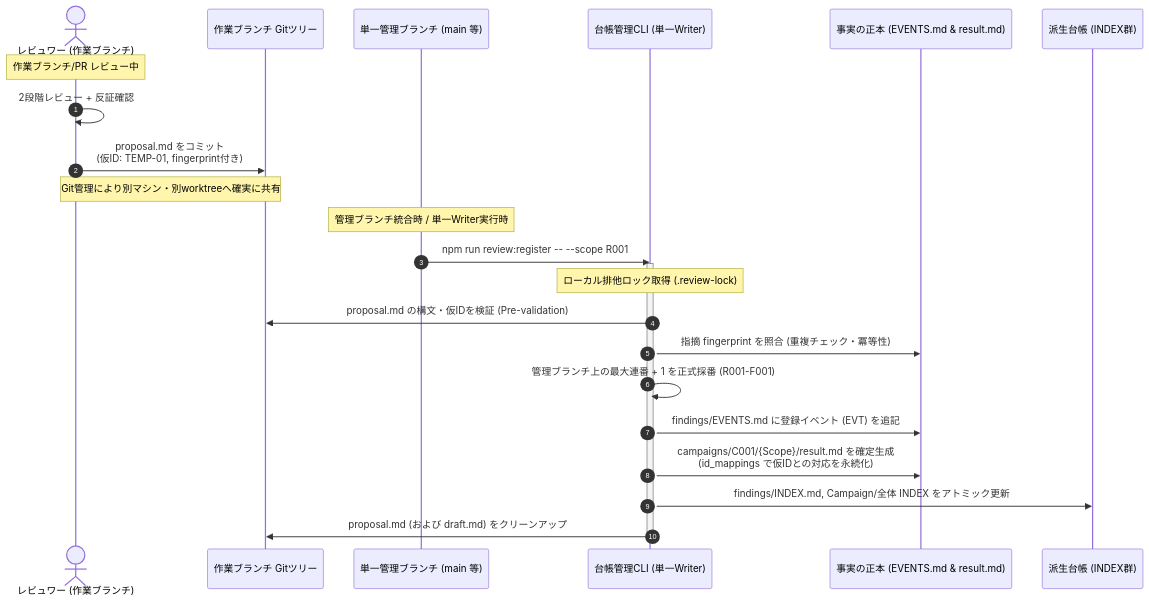
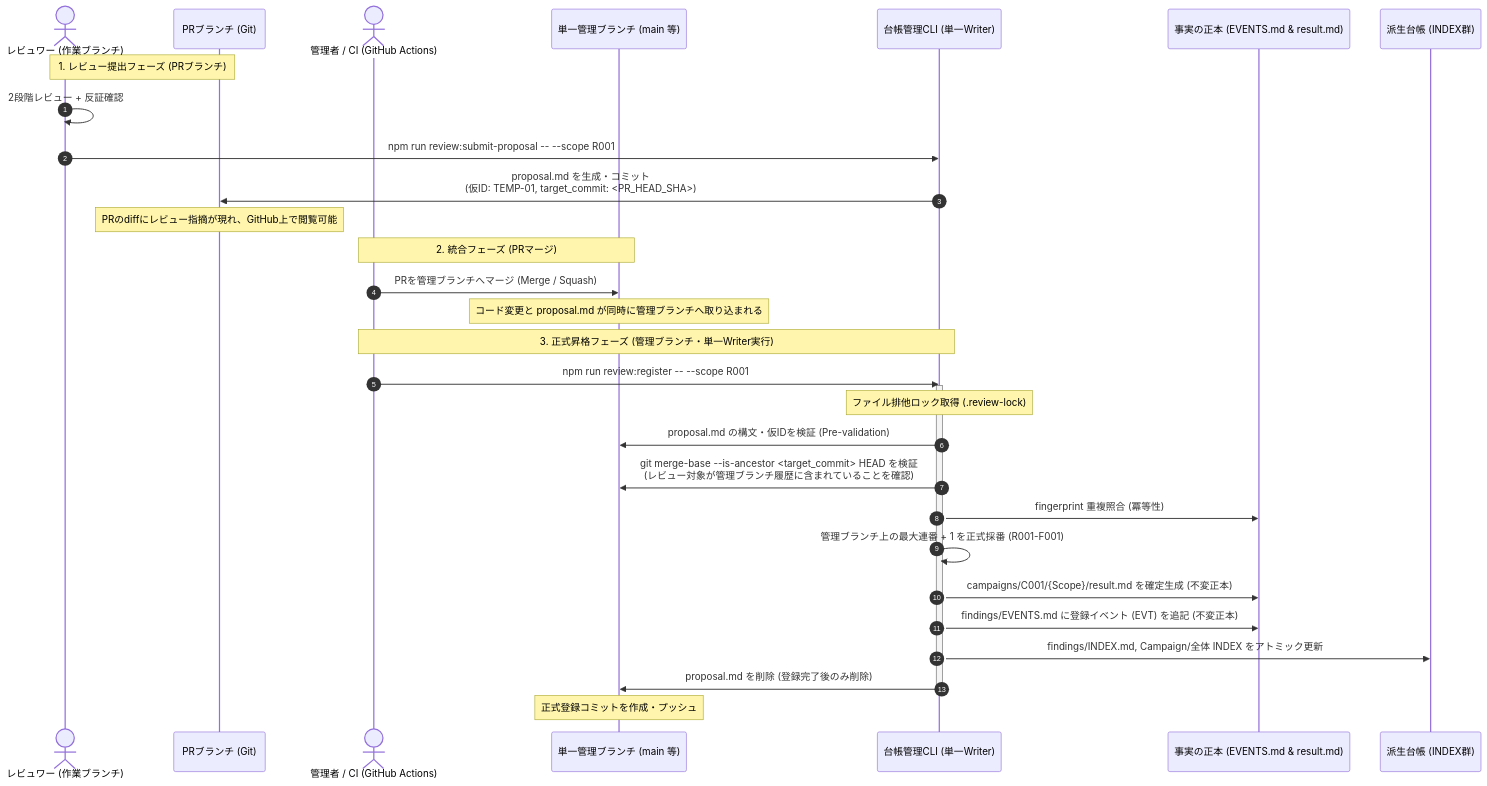
One commit to okinawa-systembit/herdr-orchestration changed the second of 6 diagrams in docs/reviews/CONTINUOUS_REVIEW_DESIGN.md. Above: the diagram before and after it, drawn with Mermaid. The commit also changed other lines of this file, not shown here.

First line of the commit message:
docs(review): Phase 1 設計第4回レビュー指摘の反映 (NEW-04〜NEW-07)

````diff
--- a/docs/reviews/CONTINUOUS_REVIEW_DESIGN.md
+++ b/docs/reviews/CONTINUOUS_REVIEW_DESIGN.md
@@ -512,28 +525,36 @@
 ```mermaid
 sequenceDiagram
     autonumber
     actor Reviewer as レビュワー (作業ブランチ)
-    participant Worktree as 作業ブランチ Gitツリー
+    participant PRBranch as PRブランチ (Git)
+    actor Maintainer as 管理者 / CI (GitHub Actions)
     participant Canonical as 単一管理ブランチ (main 等)
     participant CLI as 台帳管理CLI (単一Writer)
     participant SSoT as 事実の正本 (EVENTS.md & result.md)
     participant Views as 派生台帳 (INDEX群)
 
-    Note over Reviewer: 作業ブランチ/PR レビュー中
+    Note over Reviewer,PRBranch: 1. レビュー提出フェーズ (PRブランチ)
     Reviewer->>Reviewer: 2段階レビュー + 反証確認
-    Reviewer->>Worktree: proposal.md をコミット<br>(仮ID: TEMP-01, fingerprint付き)
-    Note over Reviewer,Worktree: Git管理により別マシン・別worktreeへ確実に共有
+    Reviewer->>CLI: npm run review:submit-proposal -- --scope R001
+    CLI->>PRBranch: proposal.md を生成・コミット<br>(仮ID: TEMP-01, target_commit: <PR_HEAD_SHA>)
+    Note over PRBranch: PRのdiffにレビュー指摘が現れ、GitHub上で閲覧可能
 
-    Note over Canonical: 管理ブランチ統合時 / 単一Writer実行時
-    Canonical->>CLI: npm run review:register -- --scope R001
+    Note over Maintainer,Canonical: 2. 統合フェーズ (PRマージ)
+    Maintainer->>Canonical: PRを管理ブランチへマージ (Merge / Squash)
+    Note over Canonical: コード変更と proposal.md が同時に管理ブランチへ取り込まれる
+
+    Note over Maintainer,CLI: 3. 正式昇格フェーズ (管理ブランチ・単一Writer実行)
+    Maintainer->>CLI: npm run review:register -- --scope R001
     activate CLI
-    Note over CLI: ローカル排他ロック取得 (.review-lock)
-    CLI->>Worktree: proposal.md の構文・仮IDを検証 (Pre-validation)
-    CLI->>SSoT: 指摘 fingerprint を照合 (重複チェック・冪等性)
+    Note over CLI: ファイル排他ロック取得 (.review-lock)
+    CLI->>Canonical: proposal.md の構文・仮IDを検証 (Pre-validation)
+    CLI->>Canonical: git merge-base --is-ancestor <target_commit> HEAD を検証<br>(レビュー対象が管理ブランチ履歴に含まれていることを確認)
+    CLI->>SSoT: fingerprint 重複照合 (冪等性)
     CLI->>CLI: 管理ブランチ上の最大連番 + 1 を正式採番 (R001-F001)
-    CLI->>SSoT: findings/EVENTS.md に登録イベント (EVT) を追記
-    CLI->>SSoT: campaigns/C001/{Scope}/result.md を確定生成<br>(id_mappings で仮IDとの対応を永続化)
+    CLI->>SSoT: campaigns/C001/{Scope}/result.md を確定生成 (不変正本)
+    CLI->>SSoT: findings/EVENTS.md に登録イベント (EVT) を追記 (不変正本)
     CLI->>Views: findings/INDEX.md, Campaign/全体 INDEX をアトミック更新
-    CLI->>Worktree: proposal.md (および draft.md) をクリーンアップ
+    CLI->>Canonical: proposal.md を削除 (登録完了後のみ削除)
     deactivate CLI
+    Note over Canonical: 正式登録コミットを作成・プッシュ
 ```
````
